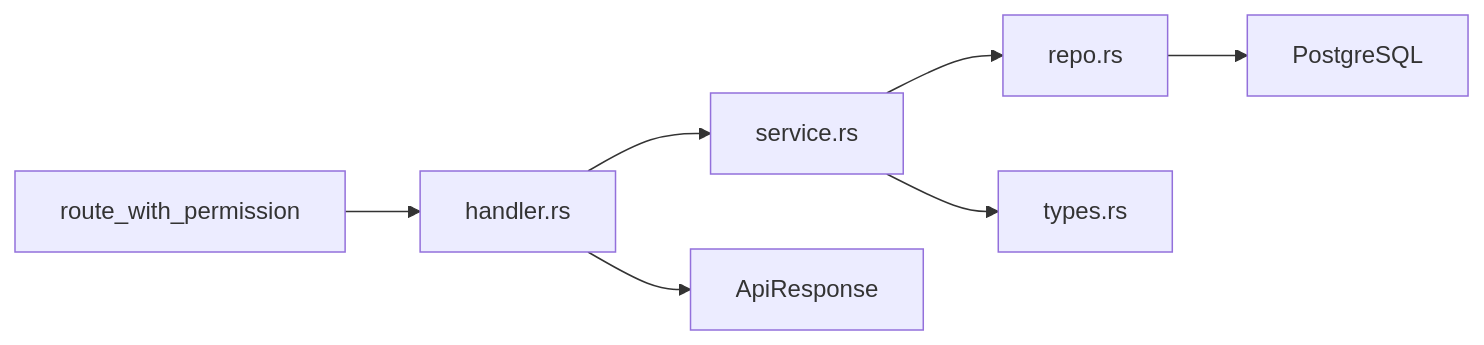
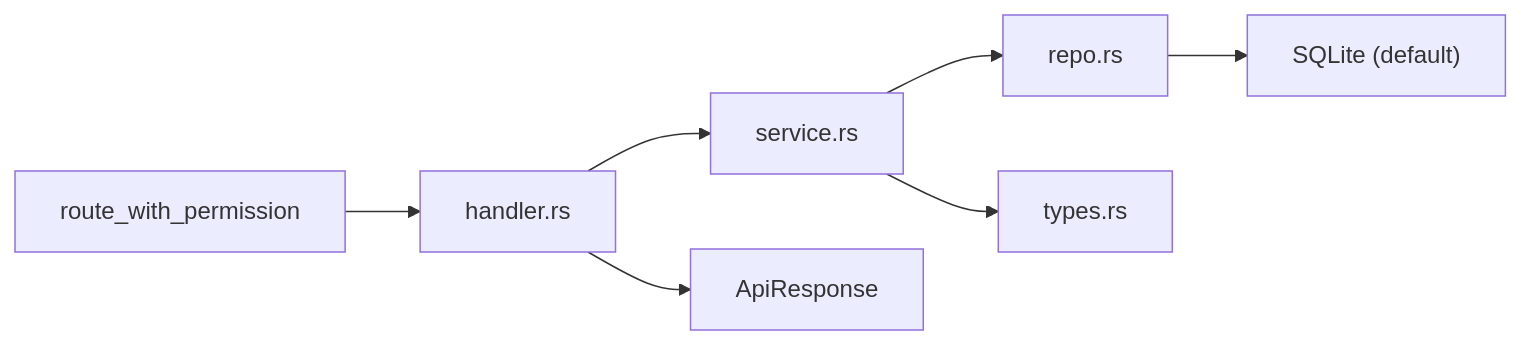
One commit to idaibin/rustzen-admin changed the second of 4 diagrams in docs/reference/architecture-diagrams.md. Above: the diagram before and after it, drawn with Mermaid. The commit also changed other lines of this file and 10 other files, not shown here.

````diff
--- a/docs/reference/architecture-diagrams.md
+++ b/docs/reference/architecture-diagrams.md
@@ -20,9 +20,9 @@
 ```mermaid
 flowchart LR
     Route["route_with_permission"] --> Handler["handler.rs"]
     Handler --> Service["service.rs"]
     Service --> Repo["repo.rs"]
-    Repo --> Db["PostgreSQL"]
+    Repo --> Db["SQLite (default)"]
     Service --> Types["types.rs"]
     Handler --> Response["ApiResponse"]
 ```
````
